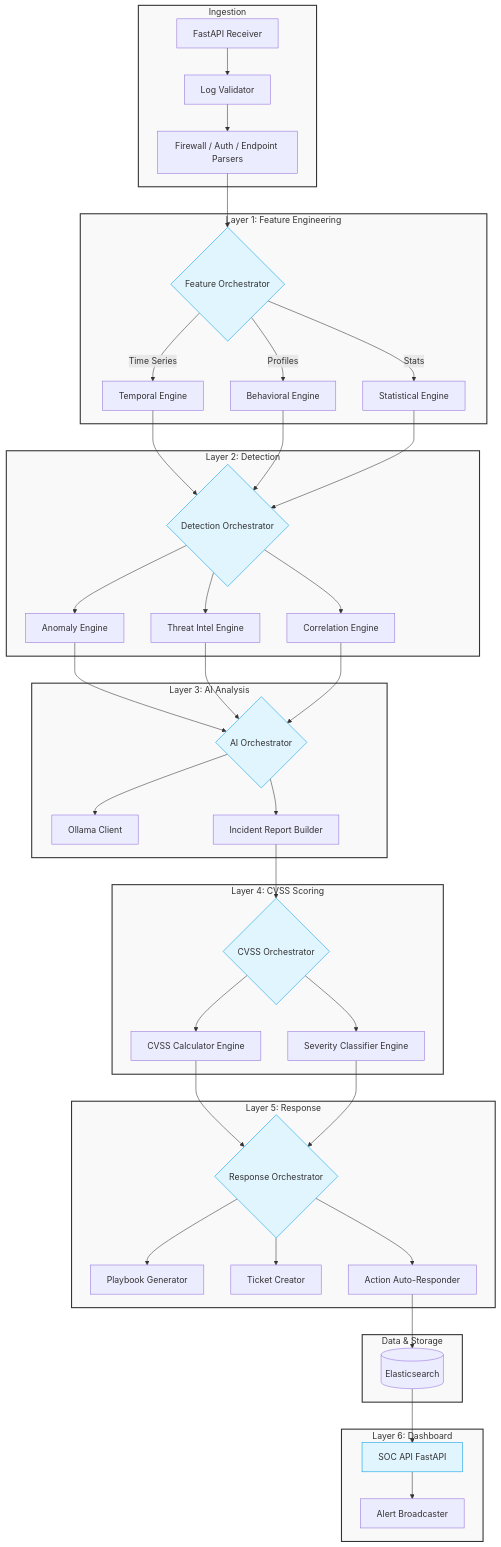
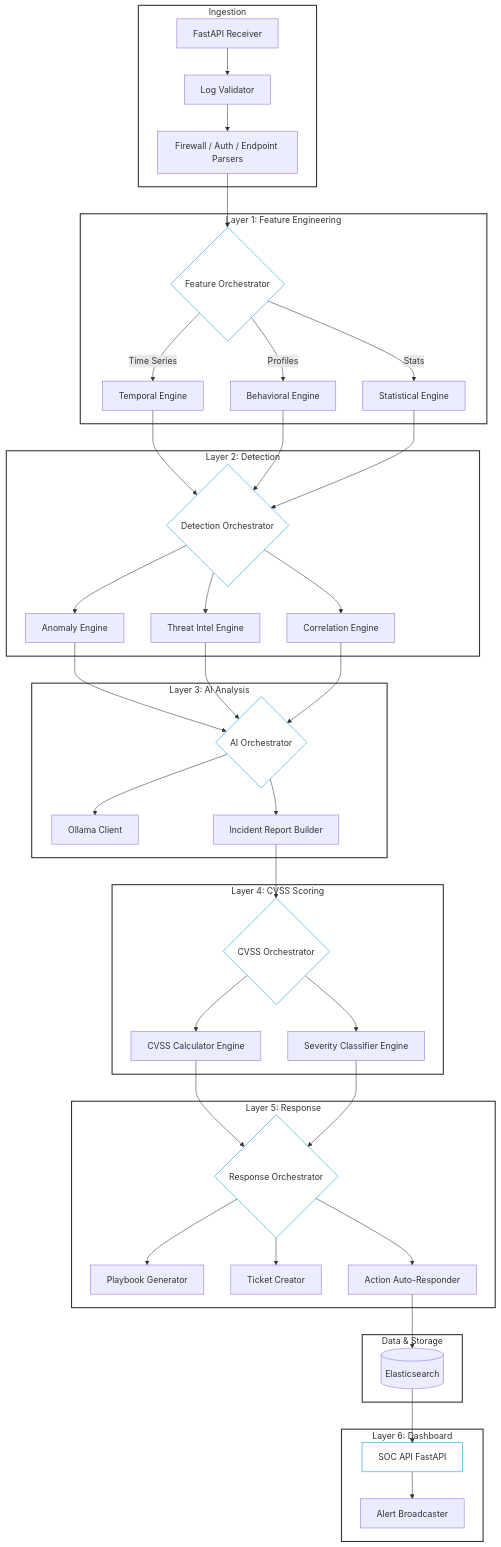
The diagram in README.md (shreyas-sha3/tuxSOC), drawn with Mermaid before and after one commit. The commit also changed other lines of this file and 1 other file, not shown here.

````diff
--- a/README.md
+++ b/README.md
@@ -15,55 +17,55 @@
 ```mermaid
 graph TD
-    classDef layer stroke-width:2px,stroke:#333,fill:#f9f9f9
-    classDef logic fill:#e1f5fe,stroke:#039be5
+    classDef layer stroke-width:2px,stroke:#333,fill:none
+    classDef logic fill:none,stroke:#039be5
     
     subgraph Ingestion["Ingestion"]
         A[FastAPI Receiver] --> B[Log Validator]
         B --> C[Firewall / Auth / Endpoint Parsers]
     end
     
     subgraph L1["Layer 1: Feature Engineering"]
         C --> D{Feature Orchestrator}
         D -->|Time Series| E[Temporal Engine]
         D -->|Profiles| F[Behavioral Engine]
         D -->|Stats| G[Statistical Engine]
     end
     
     subgraph L2["Layer 2: Detection"]
         E & F & G --> H{Detection Orchestrator}
         H --> I[Anomaly Engine]
         H --> J[Threat Intel Engine]
         H --> K[Correlation Engine]
     end
     
     subgraph L3["Layer 3: AI Analysis"]
         I & J & K --> L{AI Orchestrator}
         L --> M[Ollama Client]
         L --> N[Incident Report Builder]
     end
     
     subgraph L4["Layer 4: CVSS Scoring"]
         N --> O{CVSS Orchestrator}
         O --> P[CVSS Calculator Engine]
         O --> Q[Severity Classifier Engine]
     end
     
     subgraph L5["Layer 5: Response"]
         P & Q --> R{Response Orchestrator}
         R --> S[Playbook Generator]
         R --> T[Ticket Creator]
         R --> U[Action Auto-Responder]
     end
     
     subgraph Storage["Data & Storage"]
         U --> V[(Elasticsearch)]
     end
     
     subgraph L6["Layer 6: Dashboard"]
         V --> W[SOC API FastAPI]
         W --> X[Alert Broadcaster]
     end
     
     class Ingestion,L1,L2,L3,L4,L5,Storage,L6 layer;
     class D,H,L,O,R,W logic;
 ```
````
